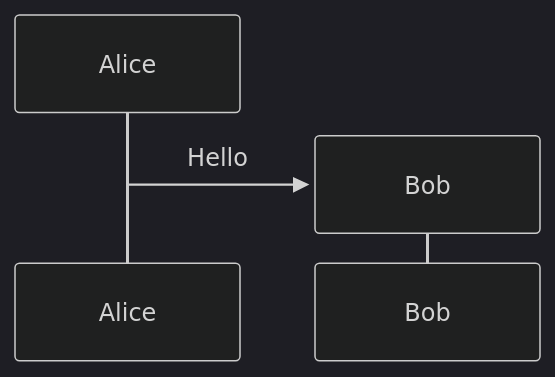
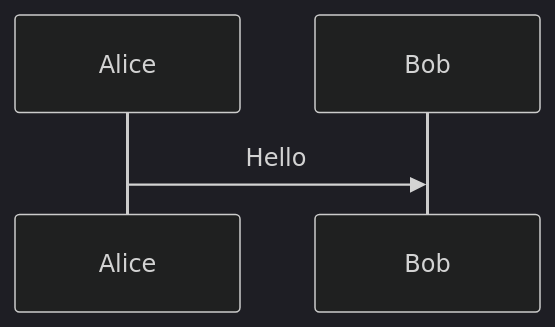
Before and after one commit to papadeltasierra/cloudsmets: the diagram in docs/testmermaid.md, drawn with Mermaid (dark theme).

````diff
--- a/docs/testmermaid.md
+++ b/docs/testmermaid.md
@@ -2,7 +2,7 @@
 ```mermaid
 
 sequenceDiagram;
     participant Alice
-    create participant Bob
+    participant Bob
     Alice->>Bob: Hello
 ```
````
